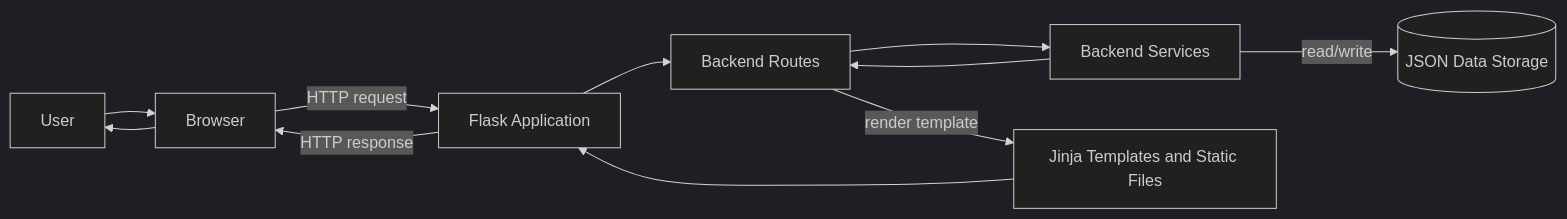
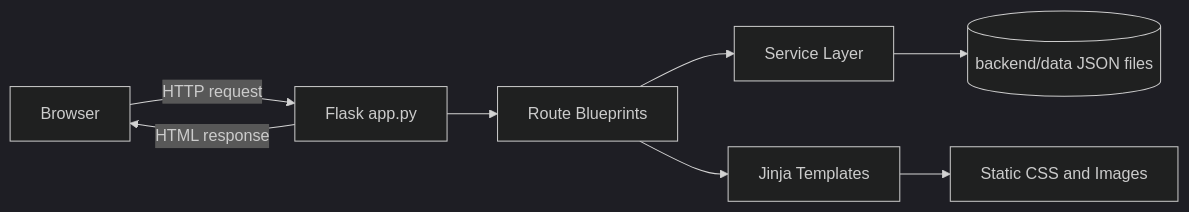
The first of 3 diagrams in README.md (jackso271/C270-E62H-Team3), drawn with Mermaid (dark theme) before and after one commit. The commit also changed other lines of this file, not shown here.

````diff
--- a/README.md
+++ b/README.md
@@ -30,21 +60,18 @@
 ```mermaid
 flowchart LR
-    User[User]
     Browser[Browser]
-    Flask[Flask Application]
-    Routes[Backend Routes]
-    Services[Backend Services]
-    JSON[(JSON Data Storage)]
-    Templates[Jinja Templates and Static Files]
+    Flask[Flask app.py]
+    Blueprints[Route Blueprints]
+    Services[Service Layer]
+    JSON[(backend/data JSON files)]
+    Templates[Jinja Templates]
+    Static[Static CSS and Images]
 
-    User --> Browser
     Browser -->|HTTP request| Flask
-    Flask --> Routes
-    Routes --> Services
-    Services -->|read/write| JSON
-    Services --> Routes
-    Routes -->|render template| Templates
-    Templates --> Flask
-    Flask -->|HTTP response| Browser
-    Browser --> User
+    Flask --> Blueprints
+    Blueprints --> Services
+    Services --> JSON
+    Blueprints --> Templates
+    Templates --> Static
+    Flask -->|HTML response| Browser
 ```
````
